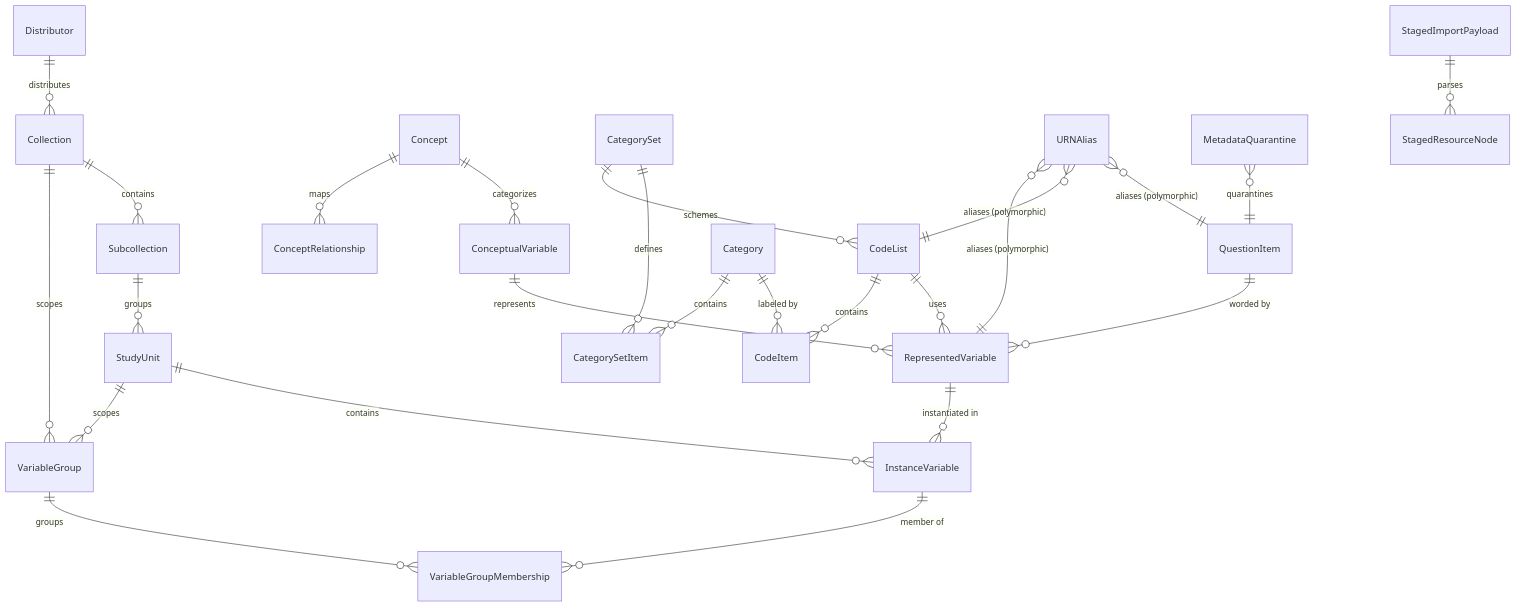
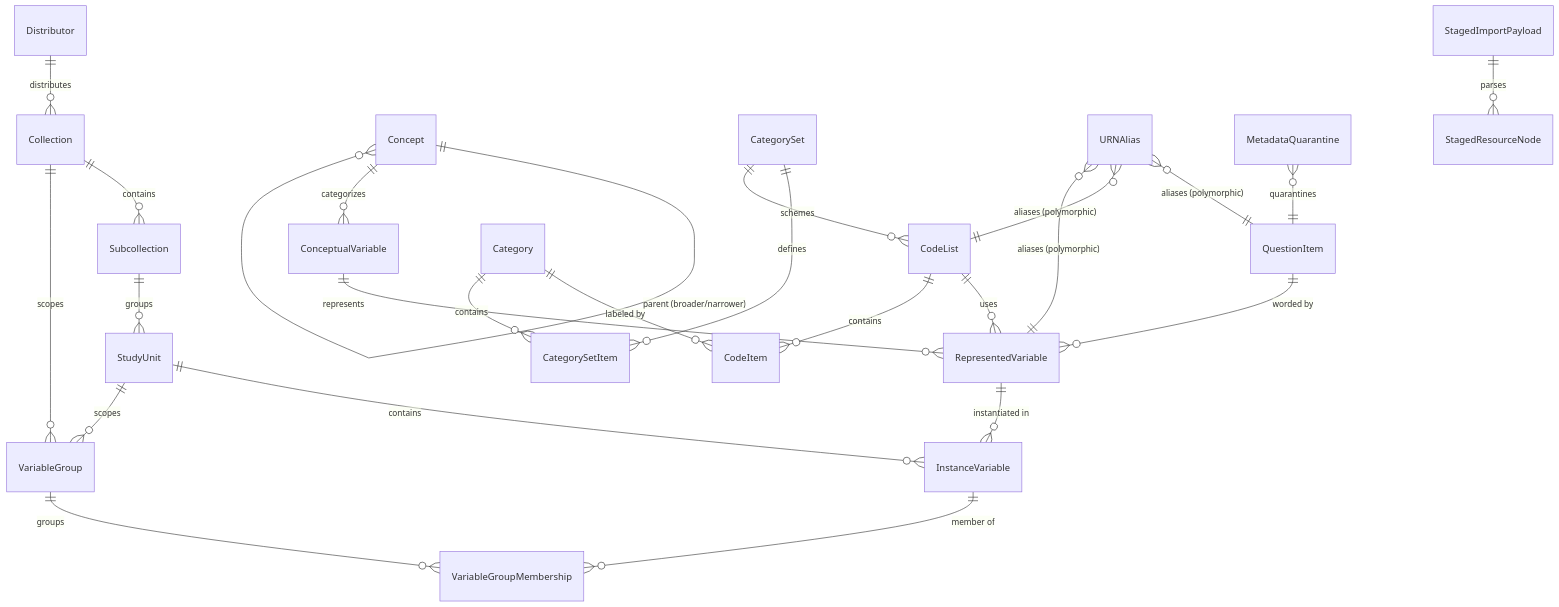
The first of 2 diagrams in deliverables/database.md (PlgaH/fairwddi-wp3-3), drawn with Mermaid before and after one commit. The commit also changed other lines of this file and 15 other files, not shown here.

Commit message:
refactor: remove ConceptRelationship entity and associated database logic

````diff
--- a/deliverables/database.md
+++ b/deliverables/database.md
@@ -11,38 +11,38 @@
 ```mermaid
 erDiagram
     %% ── Organizational hierarchy ──
     Distributor ||--o{ Collection : distributes
     Collection ||--o{ Subcollection : contains
     Subcollection ||--o{ StudyUnit : groups
 
     %% ── Concept layer ──
+    Concept ||--o{ Concept : "parent (broader/narrower)"
     Concept ||--o{ ConceptualVariable : categorizes
-    Concept ||--o{ ConceptRelationship : maps
     ConceptualVariable ||--o{ RepresentedVariable : represents
 
     %% ── Representation layer ──
     QuestionItem ||--o{ RepresentedVariable : "worded by"
     CodeList ||--o{ RepresentedVariable : uses
     CodeList ||--o{ CodeItem : contains
     Category ||--o{ CodeItem : "labeled by"
     CategorySet ||--o{ CategorySetItem : defines
     Category ||--o{ CategorySetItem : contains
     CategorySet ||--o{ CodeList : schemes
 
     %% ── Dataset layer ──
     StudyUnit ||--o{ InstanceVariable : contains
     RepresentedVariable ||--o{ InstanceVariable : "instantiated in"
 
     %% ── Organization layer ──
     VariableGroup ||--o{ VariableGroupMembership : groups
     InstanceVariable ||--o{ VariableGroupMembership : "member of"
     StudyUnit ||--o{ VariableGroup : scopes
     Collection ||--o{ VariableGroup : scopes
 
     %% ── Normalization & Harmonization infrastructure ──
     URNAlias }o--|| QuestionItem : "aliases (polymorphic)"
     URNAlias }o--|| CodeList : "aliases (polymorphic)"
     URNAlias }o--|| RepresentedVariable : "aliases (polymorphic)"
     MetadataQuarantine }o--|| QuestionItem : "quarantines"
     StagedImportPayload ||--o{ StagedResourceNode : parses
 ```
````
